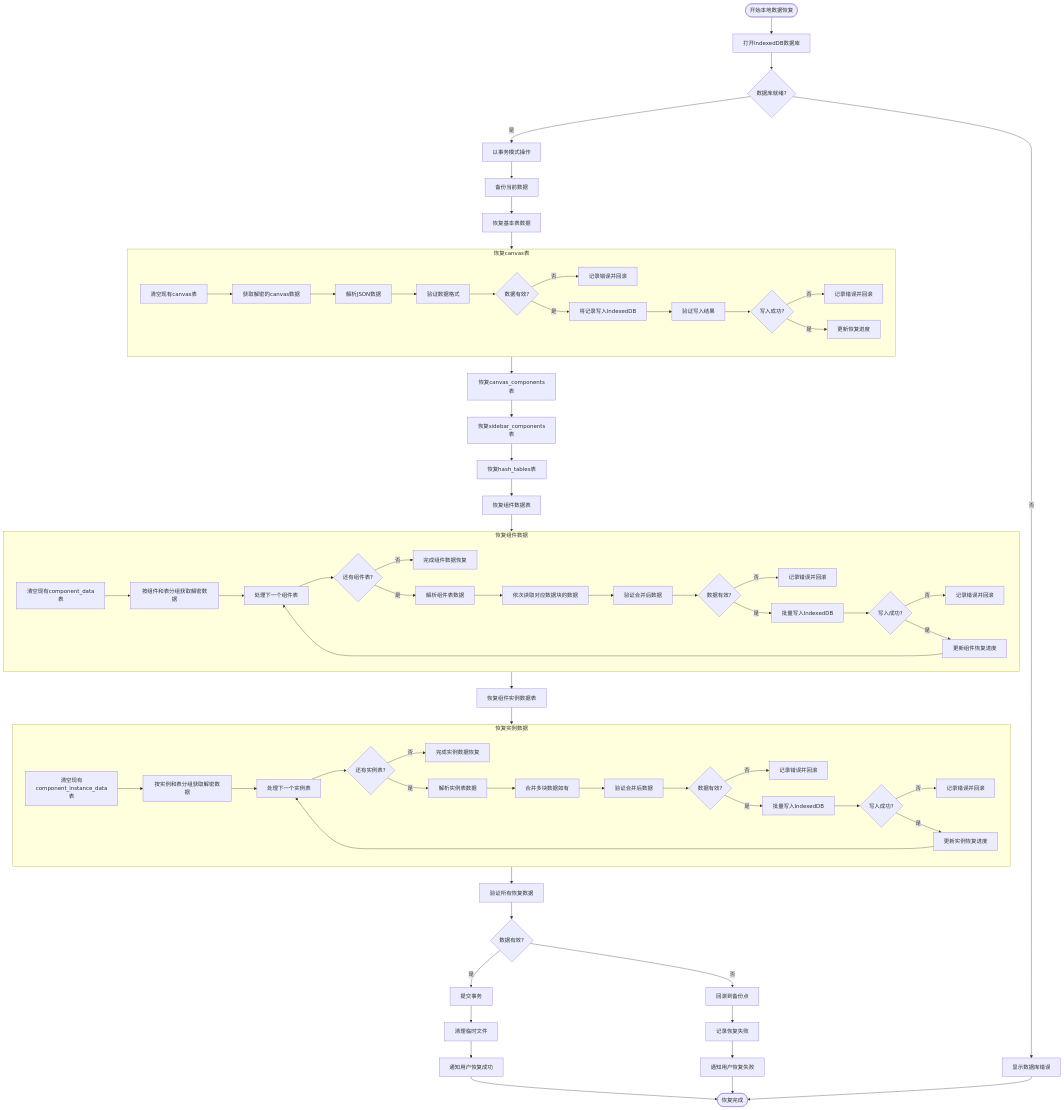
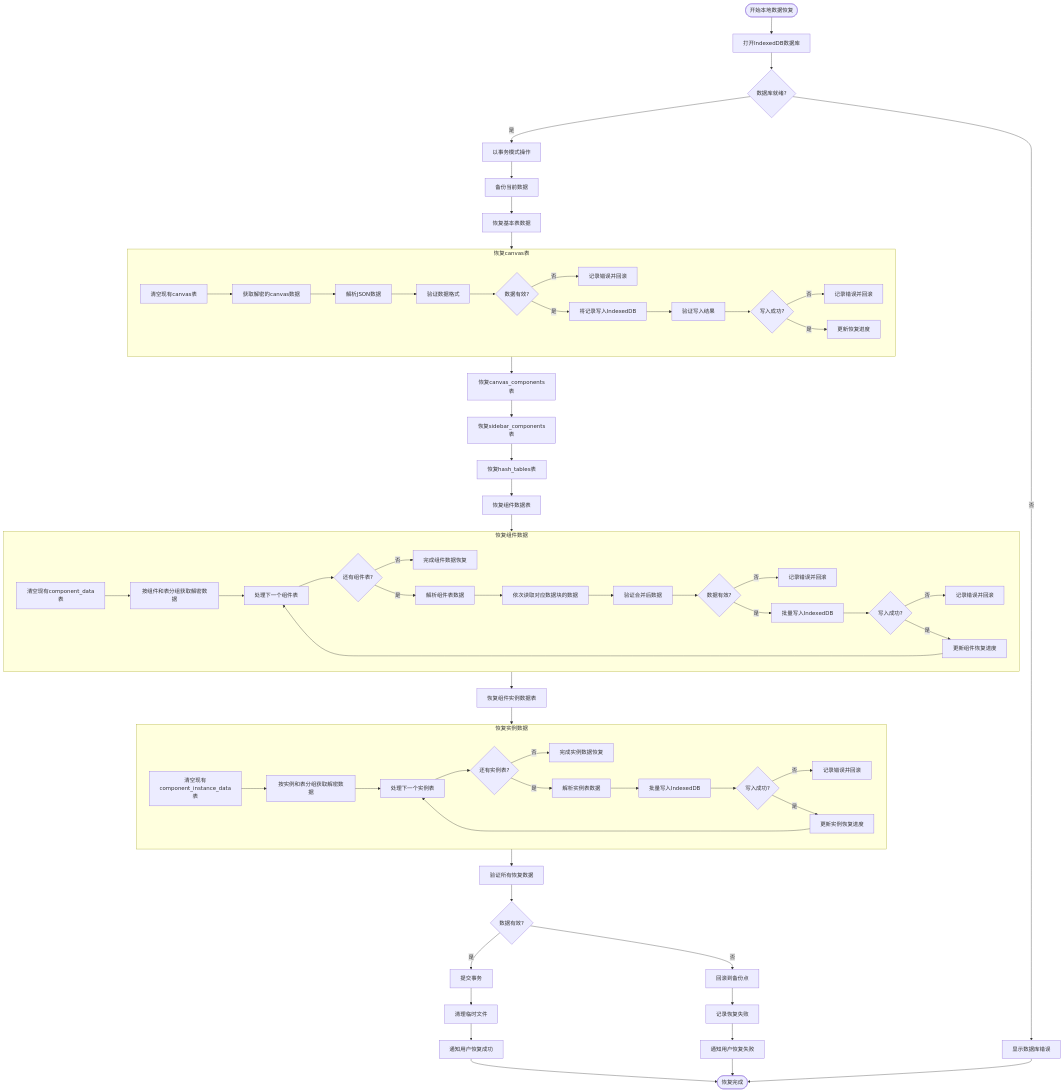
One commit to yingjianzh/iodraw-files changed the diagram in all/未命名-53.md. Above: the diagram before and after it, drawn with Mermaid.

Commit message:
2025-05-09 17:28:37 update

```diff
--- a/all/未命名-53.md
+++ b/all/未命名-53.md
@@ -57,11 +57,7 @@
         RID3 --> RID4{还有实例表?}
         RID4 -->|否| RID14[完成实例数据恢复]
         RID4 -->|是| RID5[解析实例表数据]
-        RID5 --> RID6[合并多块数据如有]
-        RID6 --> RID7[验证合并后数据]
-        RID7 --> RID8{数据有效?}
-        RID8 -->|否| RID9[记录错误并回滚]
-        RID8 -->|是| RID10[批量写入IndexedDB]
+        RID5 --> RID10[批量写入IndexedDB]
         RID10 --> RID11{写入成功?}
         RID11 -->|否| RID12[记录错误并回滚]
         RID11 -->|是| RID13[更新实例恢复进度]
```
